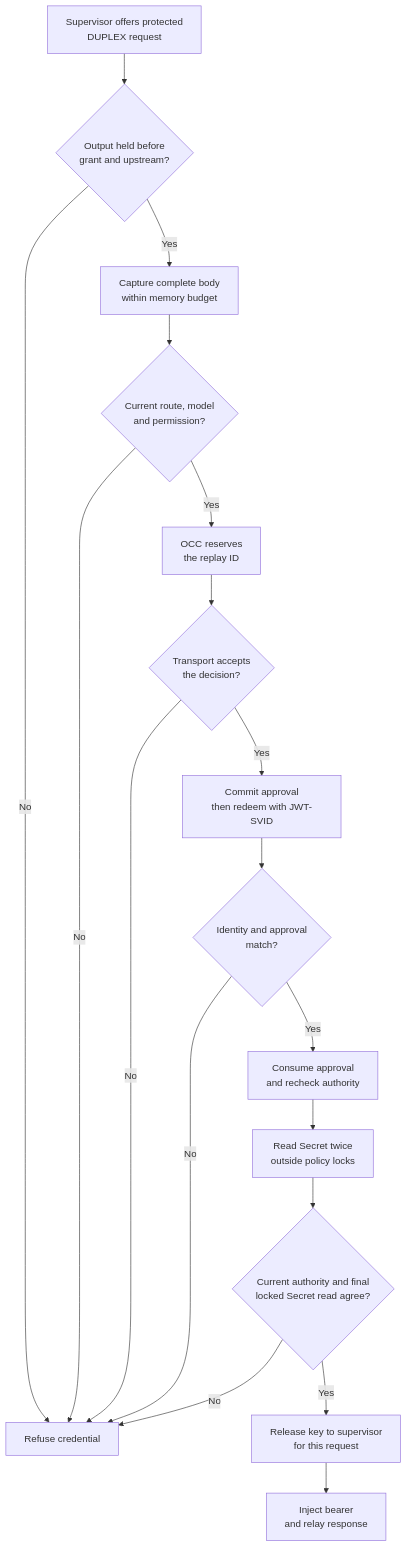
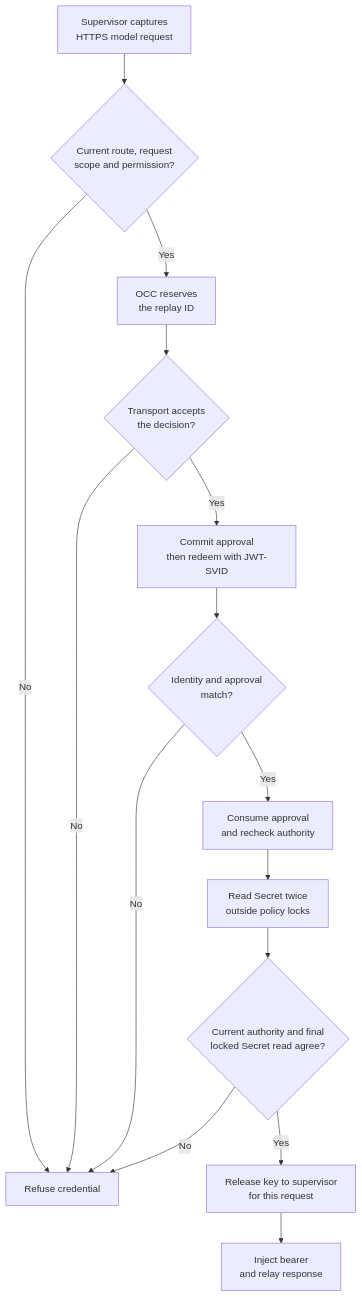
The diagram in docs/flows/credential-source-egress/model-requests.md (openclaw/openclaw-enterprise), drawn with Mermaid before and after one commit. The commit also changed other lines of this file and 23 other files, not shown here.

````diff
--- a/docs/flows/credential-source-egress/model-requests.md
+++ b/docs/flows/credential-source-egress/model-requests.md
@@ -33,20 +33,17 @@
 ```mermaid
 graph TD
-  A["Supervisor offers protected<br/>DUPLEX request"] --> P{"Output held before<br/>grant and upstream?"}
-  P -->|No| X["Refuse credential"]
-  P -->|Yes| V["Capture complete body<br/>within memory budget"]
-  V --> B{"Current route, model<br/>and permission?"}
-  B -->|No| X
+  A["Supervisor captures<br/>HTTPS model request"] --> B{"Current route, request<br/>scope and permission?"}
+  B -->|No| X["Refuse credential"]
   B -->|Yes| C["OCC reserves<br/>the replay ID"]
   C --> K{"Transport accepts<br/>the decision?"}
   K -->|No| X
   K -->|Yes| D["Commit approval<br/>then redeem with JWT-SVID"]
   D --> E{"Identity and approval<br/>match?"}
   E -->|No| X
   E -->|Yes| F["Consume approval<br/>and recheck authority"]
   F --> G["Read Secret twice<br/>outside policy locks"]
   G --> H{"Current authority and final<br/>locked Secret read agree?"}
   H -->|No| X
   H -->|Yes| I["Release key to supervisor<br/>for this request"]
   I --> J["Inject bearer<br/>and relay response"]
 ```
````
